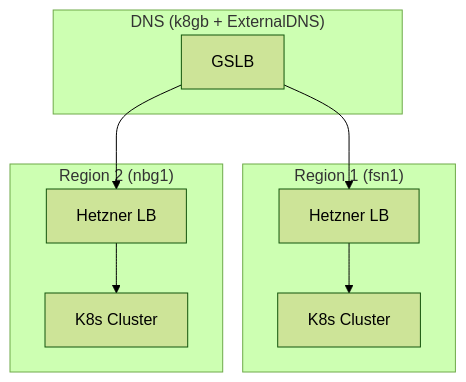
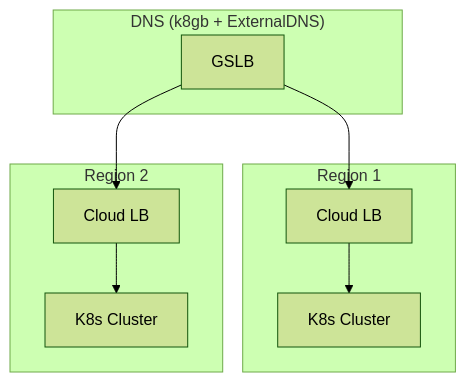
Before and after one commit to openova-io/terraform: the second of 2 diagrams in README.md, drawn with Mermaid (forest theme). The commit also changed other lines of this file, not shown here.

````diff
--- a/README.md
+++ b/README.md
@@ -232,21 +138,21 @@
 ```mermaid
 flowchart TB
-    subgraph Region1["Region 1 (fsn1)"]
+    subgraph Region1["Region 1"]
         K8s1[K8s Cluster]
-        LB1[Hetzner LB]
+        LB1[Cloud LB]
     end
 
-    subgraph Region2["Region 2 (nbg1)"]
+    subgraph Region2["Region 2"]
         K8s2[K8s Cluster]
-        LB2[Hetzner LB]
+        LB2[Cloud LB]
     end
 
     subgraph DNS["DNS (k8gb + ExternalDNS)"]
         GSLB[GSLB]
     end
 
     LB1 --> K8s1
     LB2 --> K8s2
     GSLB --> LB1
     GSLB --> LB2
 ```
````
